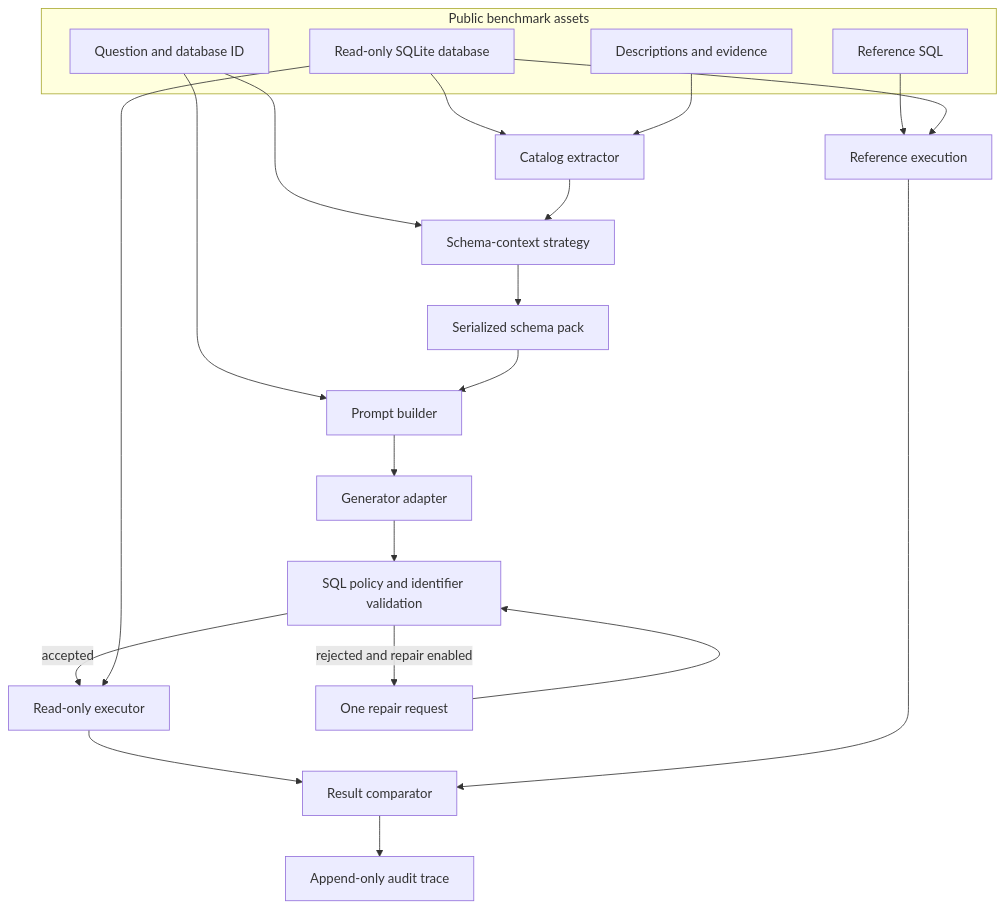
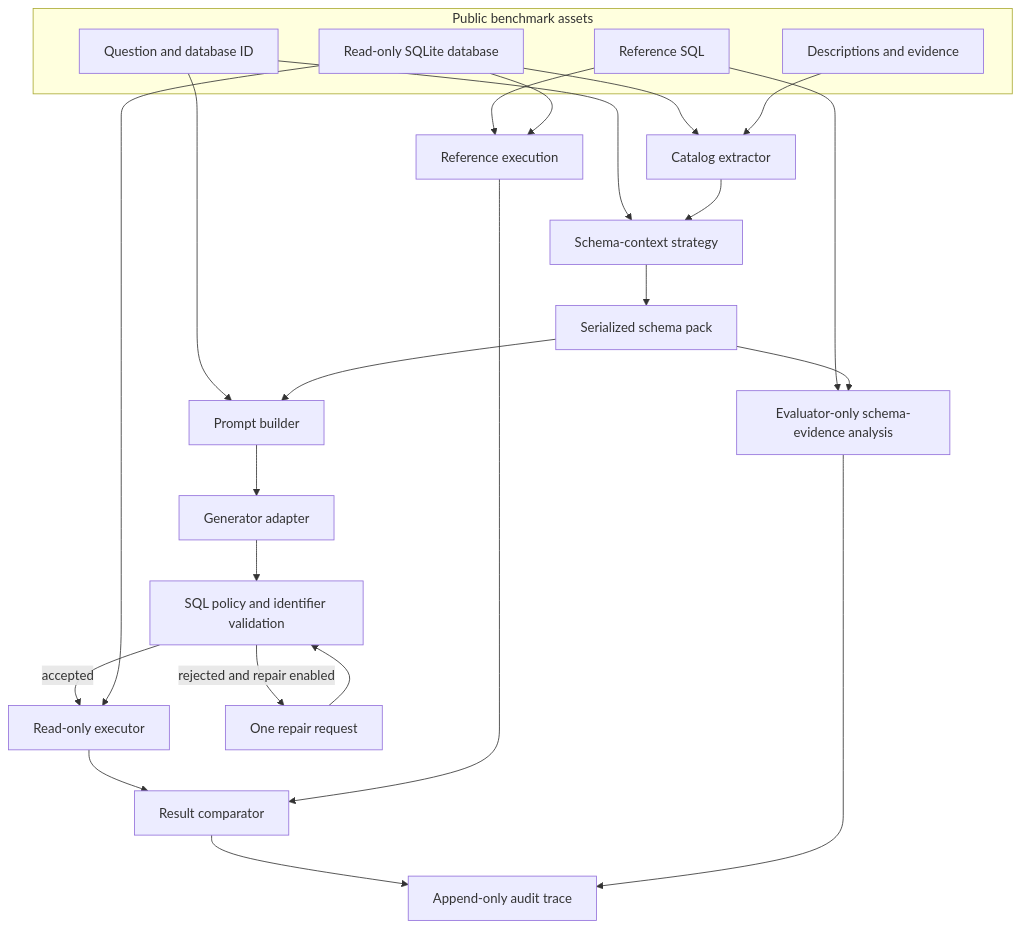
Before and after one commit to nkmohit/schema-safe-bench: the diagram in docs/architecture.md, drawn with Mermaid. The commit also changed other lines of this file and 20 other files, not shown here.

````diff
--- a/docs/architecture.md
+++ b/docs/architecture.md
@@ -5,28 +5,31 @@
 ```mermaid
 flowchart TB
     subgraph PublicAssets["Public benchmark assets"]
       Q["Question and database ID"]
       DB["Read-only SQLite database"]
       GOLD["Reference SQL"]
       META["Descriptions and evidence"]
     end
 
     DB --> CAT["Catalog extractor"]
     META --> CAT
     Q --> RET["Schema-context strategy"]
     CAT --> RET
     RET --> PACK["Serialized schema pack"]
     Q --> PROMPT["Prompt builder"]
     PACK --> PROMPT
     PROMPT --> GEN["Generator adapter"]
     GEN --> VAL["SQL policy and identifier validation"]
     VAL -->|accepted| EXEC["Read-only executor"]
     VAL -->|rejected and repair enabled| REPAIR["One repair request"]
     REPAIR --> VAL
     DB --> EXEC
     GOLD --> REF["Reference execution"]
     DB --> REF
     EXEC --> CMP["Result comparator"]
     REF --> CMP
     CMP --> TRACE["Append-only audit trace"]
+    GOLD --> EVIDENCE["Evaluator-only schema-evidence analysis"]
+    PACK --> EVIDENCE
+    EVIDENCE --> TRACE
 ```
````
